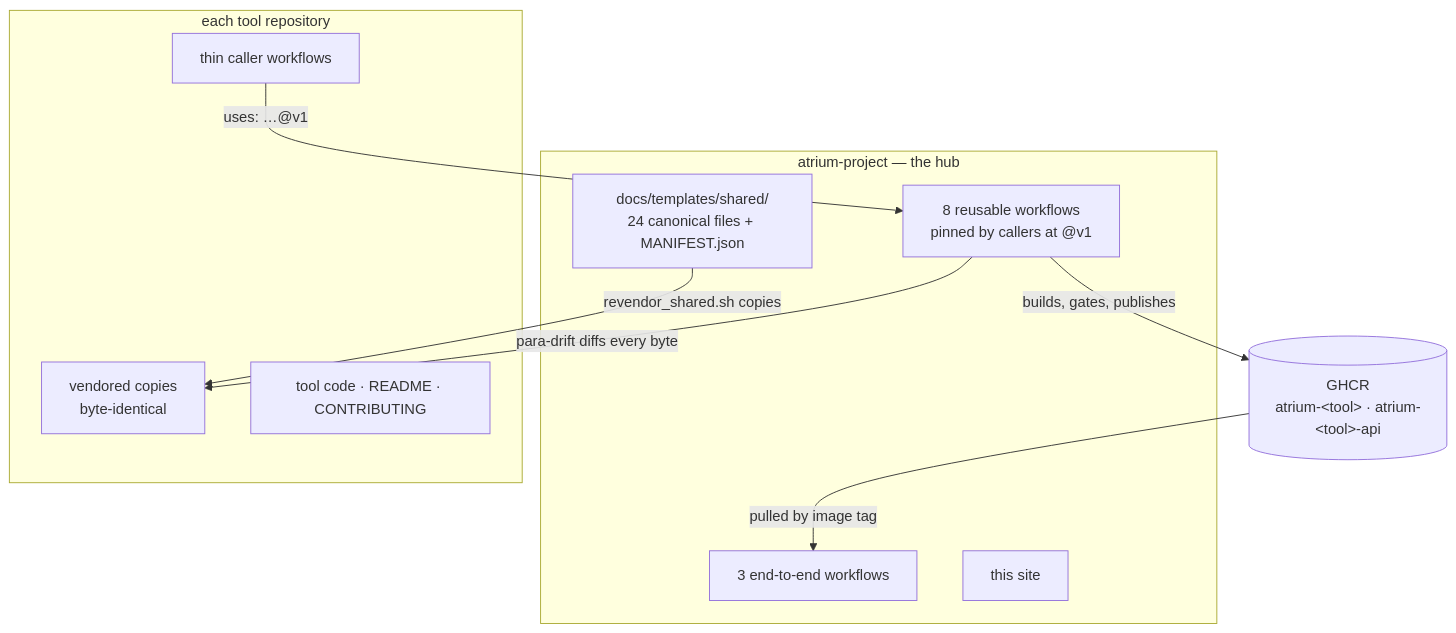
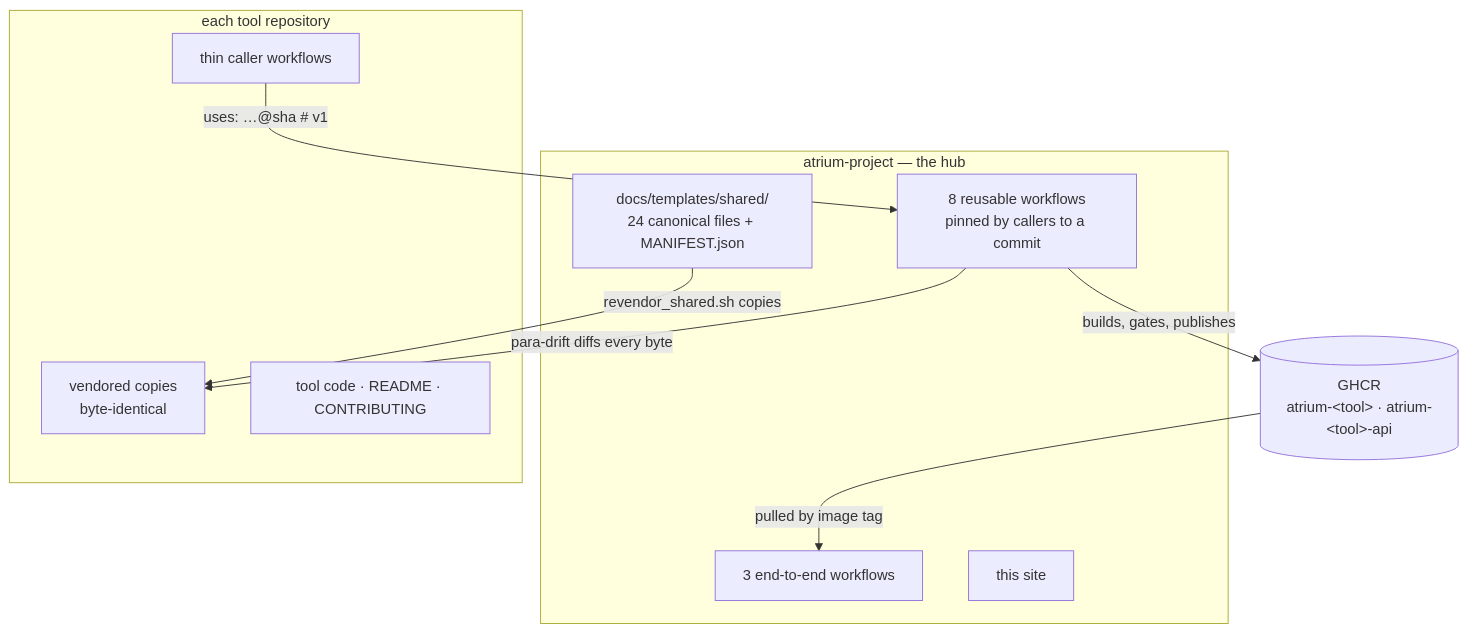
One commit to ufal/atrium-project changed the first of 2 diagrams in docs_site/ecosystem/architecture.md. Above: the diagram before and after it, drawn with Mermaid. The commit also changed other lines of this file and 9 other files, not shown here.

````diff
--- a/docs_site/ecosystem/architecture.md
+++ b/docs_site/ecosystem/architecture.md
@@ -29,20 +29,20 @@
 ```mermaid
 flowchart TB
   subgraph HUB["atrium-project — the hub"]
     SHARED["docs/templates/shared/<br/>24 canonical files + MANIFEST.json"]
-    REUSE["8 reusable workflows<br/>pinned by callers at @v1"]
+    REUSE["8 reusable workflows<br/>pinned by callers to a commit"]
     E2E["3 end-to-end workflows"]
     SITE["this site"]
   end
   subgraph TOOL["each tool repository"]
     VEND["vendored copies<br/>byte-identical"]
     CALL["thin caller workflows"]
     CODE["tool code · README · CONTRIBUTING"]
   end
   GHCR[("GHCR<br/>atrium-&lt;tool&gt; · atrium-&lt;tool&gt;-api")]
   SHARED -- "revendor_shared.sh copies" --> VEND
-  CALL -- "uses: …@v1" --> REUSE
+  CALL -- "uses: …@sha  # v1" --> REUSE
   REUSE -- "para-drift diffs every byte" --> VEND
   REUSE -- "builds, gates, publishes" --> GHCR
   GHCR -- "pulled by image tag" --> E2E
 ```
````
